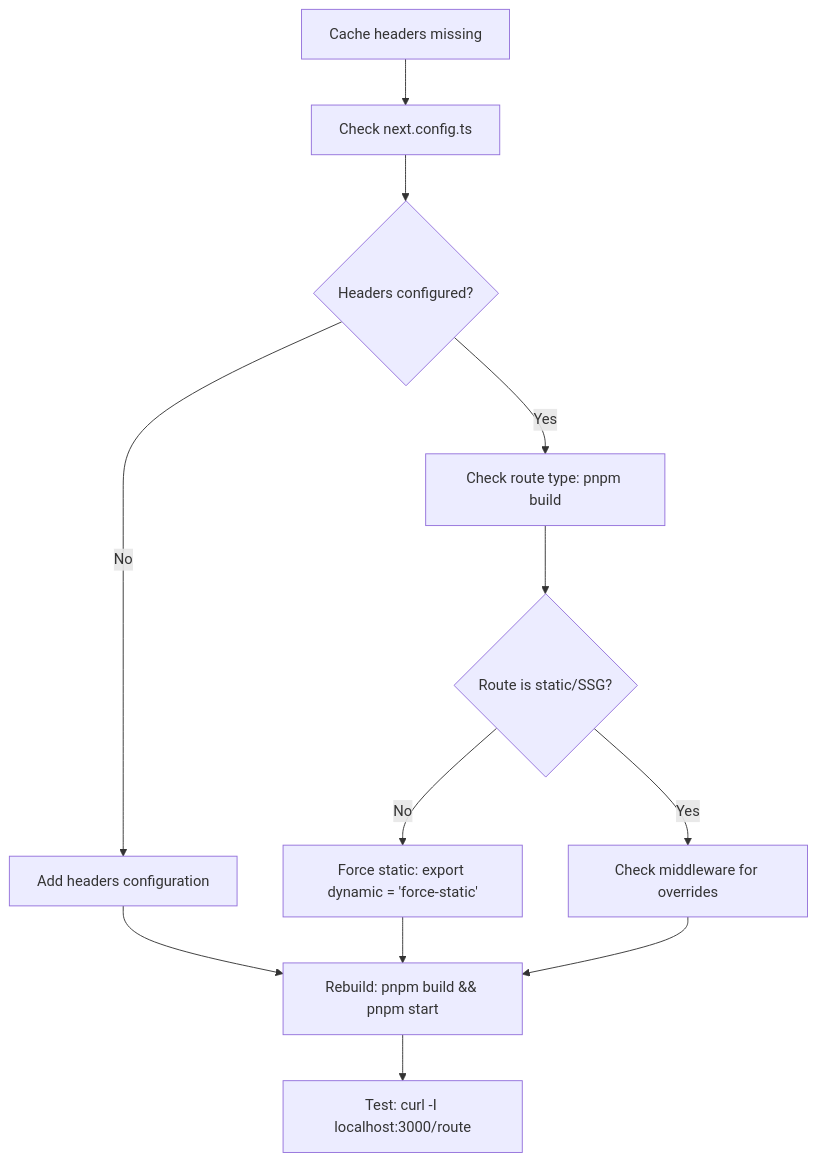
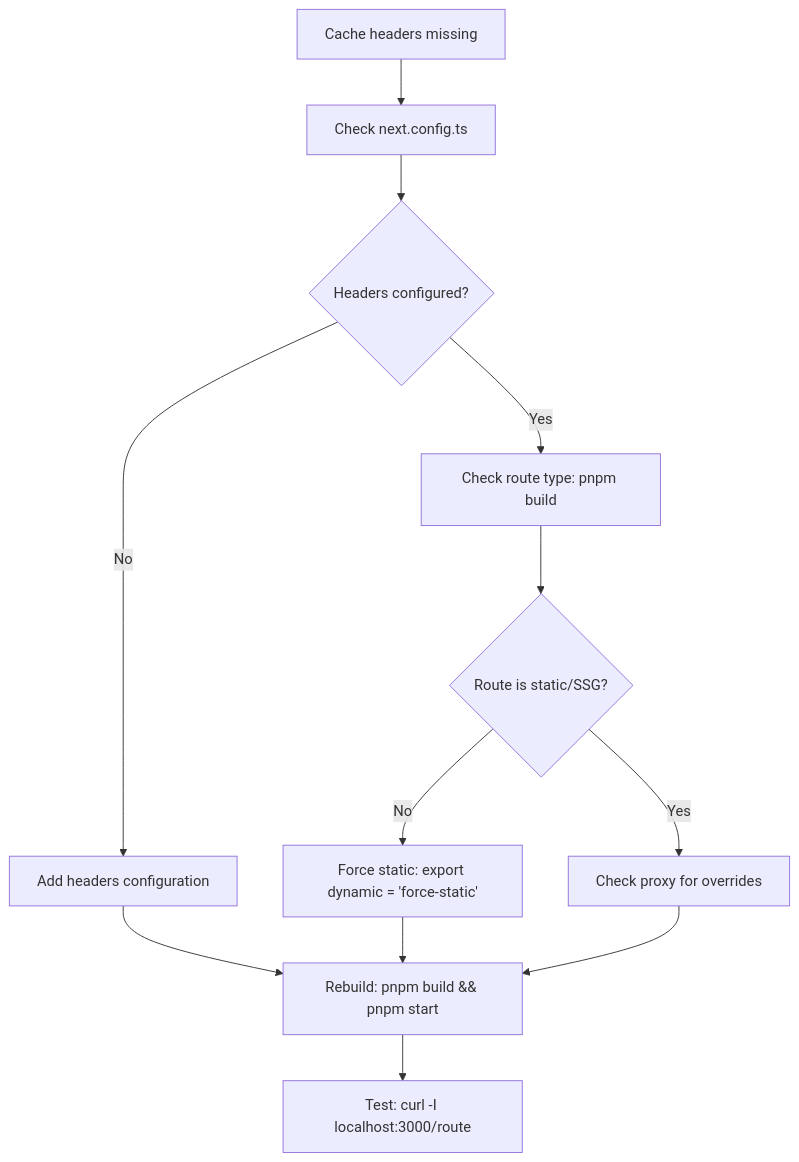
One commit to bryce-seefieldt/portfolio-docs changed the third of 3 diagrams in docs/50-operations/runbooks/rbk-portfolio-performance-troubleshooting.md. Above: the diagram before and after it, drawn with Mermaid. The commit also changed other lines of this file and 21 other files, not shown here.

````diff
--- a/docs/50-operations/runbooks/rbk-portfolio-performance-troubleshooting.md
+++ b/docs/50-operations/runbooks/rbk-portfolio-performance-troubleshooting.md
@@ -690,14 +690,14 @@
 ```mermaid
 graph TD
     A[Cache headers missing] --> B[Check next.config.ts]
     B --> C{Headers configured?}
     C -->|No| D[Add headers configuration]
     C -->|Yes| E[Check route type: pnpm build]
     D --> F[Rebuild: pnpm build && pnpm start]
     E --> G{Route is static/SSG?}
     G -->|No| H[Force static: export dynamic = 'force-static']
-    G -->|Yes| I[Check middleware for overrides]
+    G -->|Yes| I[Check proxy for overrides]
     H --> F
     I --> F
     F --> J[Test: curl -I localhost:3000/route]
 ```
````
